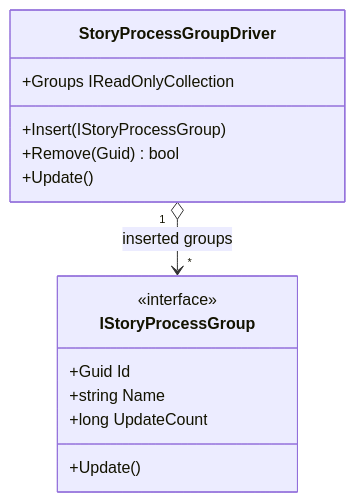
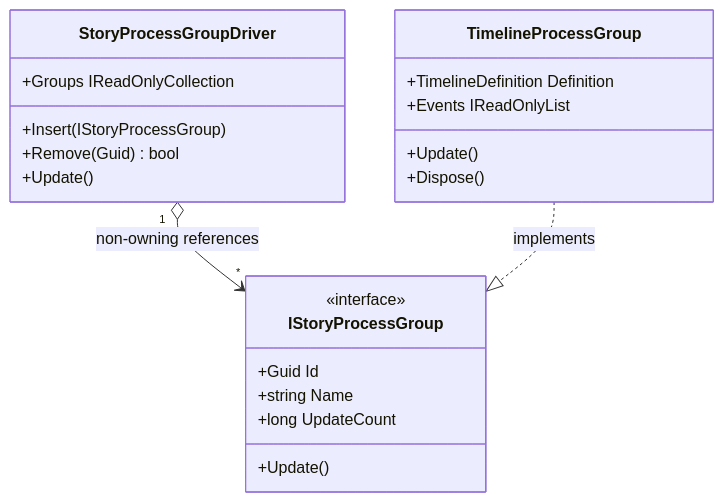
Before and after one commit to TrentBest/StoryBuilder: the diagram in docs/UML/StoryProcessGroupDriverUML.md, drawn with Mermaid. The commit also changed other lines of this file, not shown here.

Commit message:
Clarify process-group lifetime ownership

````diff
--- a/docs/UML/StoryProcessGroupDriverUML.md
+++ b/docs/UML/StoryProcessGroupDriverUML.md
@@ -3,18 +3,25 @@
 ```mermaid
 classDiagram
     direction TB
     class StoryProcessGroupDriver {
         +Groups IReadOnlyCollection
         +Insert(IStoryProcessGroup)
         +Remove(Guid) bool
         +Update()
     }
     class IStoryProcessGroup {
         <<interface>>
         +Guid Id
         +string Name
         +long UpdateCount
         +Update()
     }
-    StoryProcessGroupDriver "1" o--> "*" IStoryProcessGroup : inserted groups
+    class TimelineProcessGroup {
+        +TimelineDefinition Definition
+        +Events IReadOnlyList
+        +Update()
+        +Dispose()
+    }
+    StoryProcessGroupDriver "1" o--> "*" IStoryProcessGroup : non-owning references
+    TimelineProcessGroup ..|> IStoryProcessGroup : implements
 ```
````
